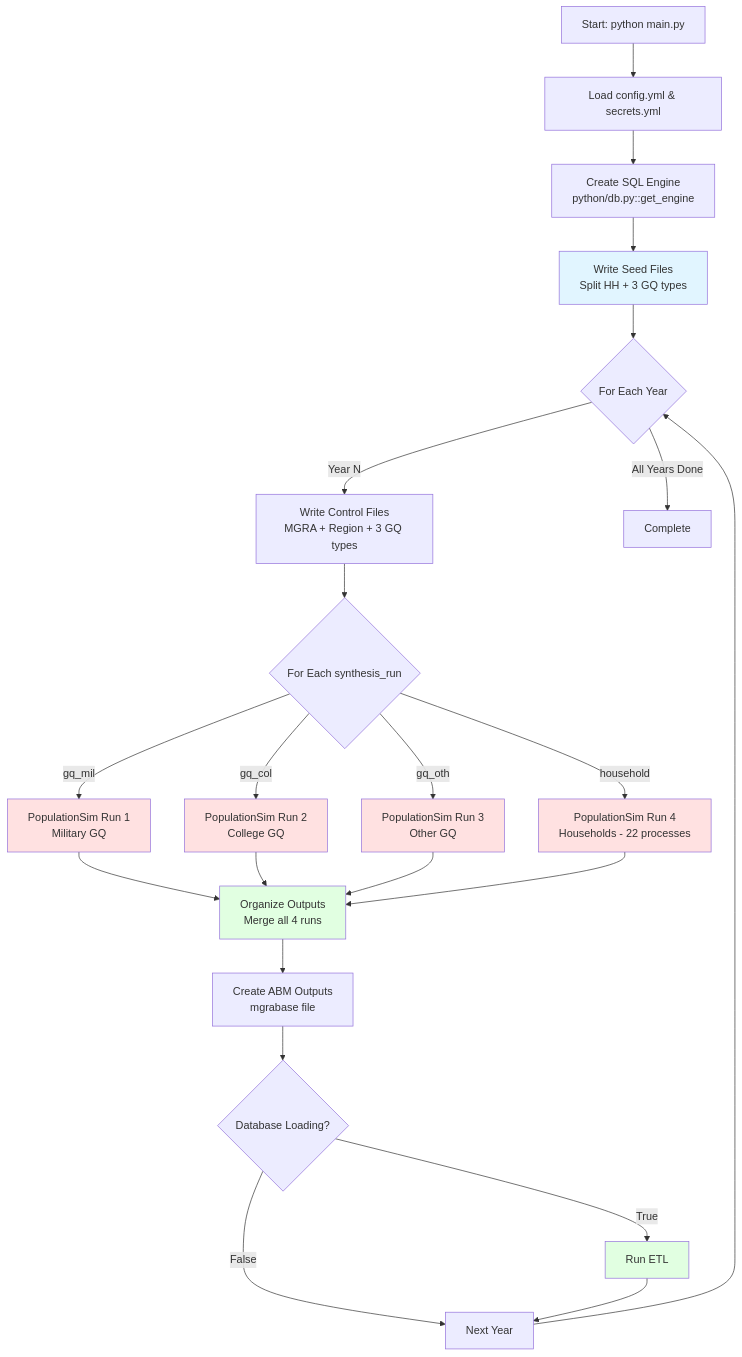
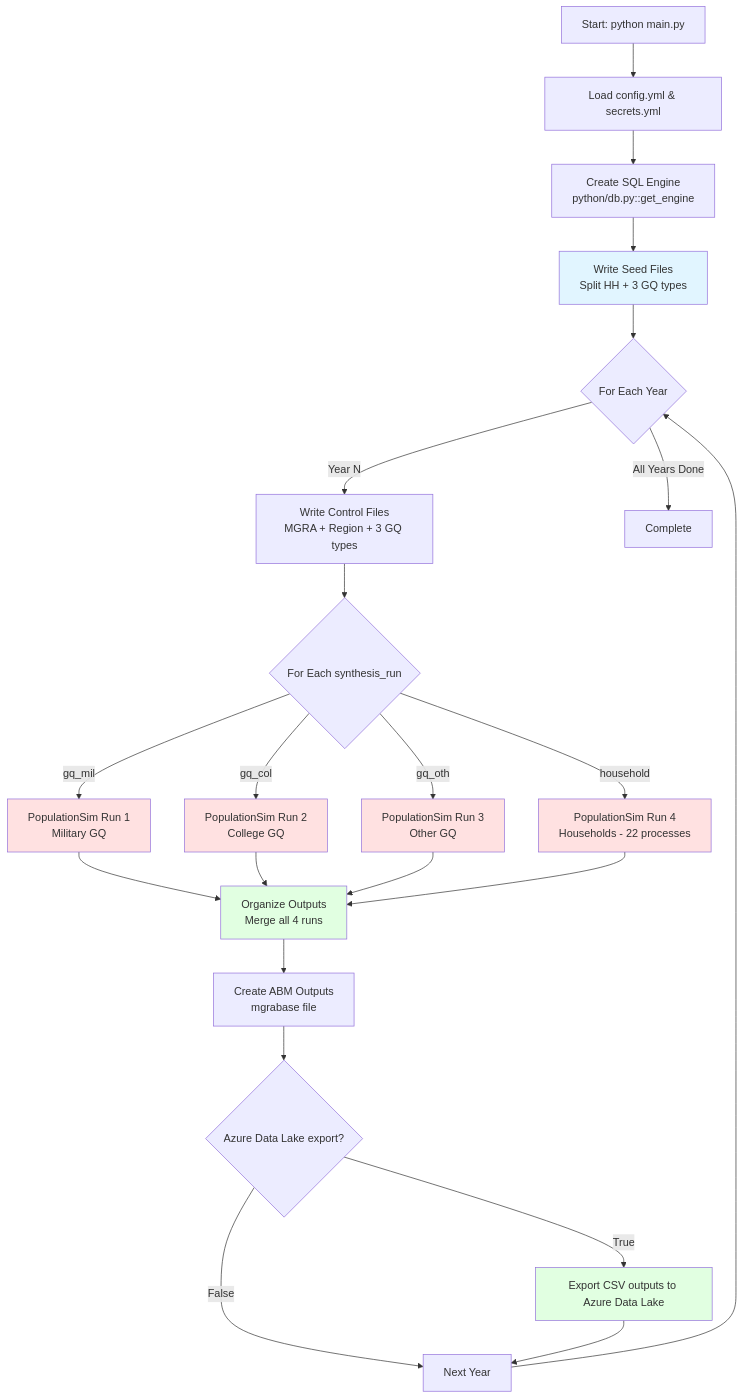
Before and after one commit to SANDAG/Population-Sim: the diagram in wiki/Running-PopulationSim.md, drawn with Mermaid. The commit also changed other lines of this file and 9 other files, not shown here.

Commit message:
docs: update documentation for Azure Data Lake export and reporting benchmarks

````diff
--- a/wiki/Running-PopulationSim.md
+++ b/wiki/Running-PopulationSim.md
@@ -52,37 +53,37 @@
 ```mermaid
 flowchart TD
     A[Start: python main.py] --> B[Load config.yml & secrets.yml]
     B --> C[Create SQL Engine<br/>python/db.py::get_engine]
     C --> D[Write Seed Files<br/>Split HH + 3 GQ types]
     D --> E{For Each Year}
     
     E -->|Year N| F[Write Control Files<br/>MGRA + Region + 3 GQ types]
     F --> G{For Each synthesis_run}
     
     G -->|gq_mil| H1[PopulationSim Run 1<br/>Military GQ]
     G -->|gq_col| H2[PopulationSim Run 2<br/>College GQ]
     G -->|gq_oth| H3[PopulationSim Run 3<br/>Other GQ]
     G -->|household| H4[PopulationSim Run 4<br/>Households - 22 processes]
     
     H1 --> I[Organize Outputs<br/>Merge all 4 runs]
     H2 --> I
     H3 --> I
     H4 --> I
     
     I --> J[Create ABM Outputs<br/>mgrabase file]
-    J --> K{Database Loading?}
-    K -->|True| L[Run ETL]
+    J --> K{Azure Data Lake export?}
+    K -->|True| L[Export CSV outputs to Azure Data Lake]
     K -->|False| M[Next Year]
     L --> M
     M --> E
     
     E -->|All Years Done| N[Complete]
     
     style D fill:#e1f5ff
     style H1 fill:#ffe1e1
     style H2 fill:#ffe1e1
     style H3 fill:#ffe1e1
     style H4 fill:#ffe1e1
     style I fill:#e1ffe1
     style L fill:#e1ffe1
 ```
````
